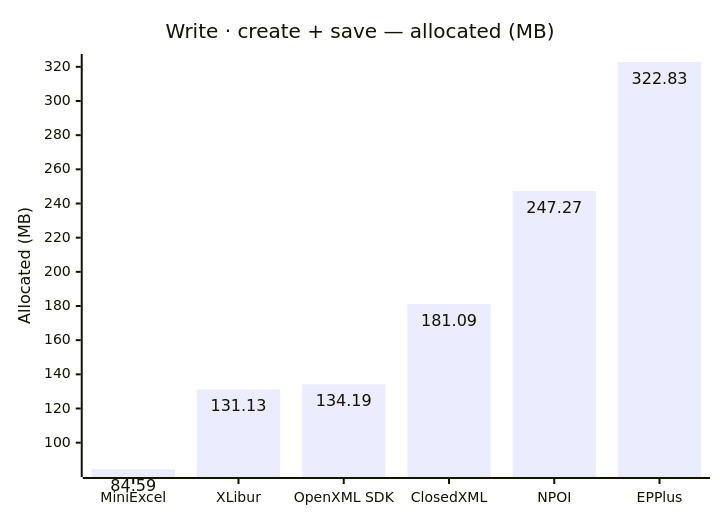
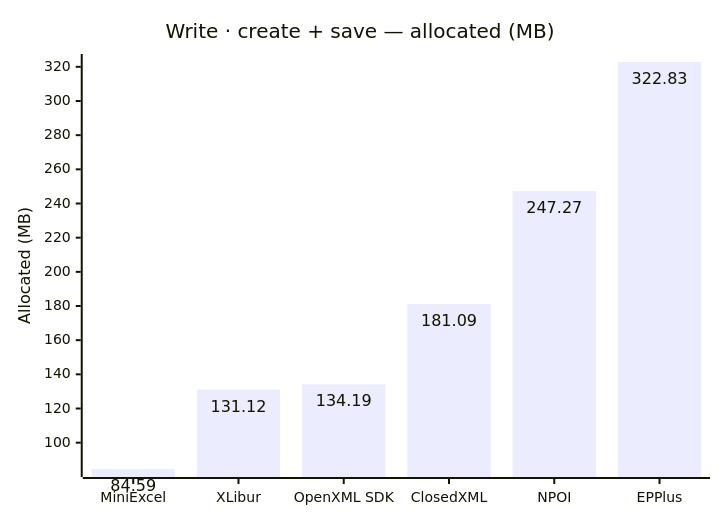
Before and after one commit to jafin/XLBench: the sixth of 6 diagrams in docs/results.md, drawn with Mermaid. The commit also changed other lines of this file and 1 other file, not shown here.

````diff
--- a/docs/results.md
+++ b/docs/results.md
@@ -99,12 +99,12 @@
 ```mermaid
 ---
 config:
   xyChart:
     showDataLabel: true
 ---
 xychart-beta
     title "Write · create + save — allocated (MB)"
     x-axis ["MiniExcel", "XLibur", "OpenXML SDK", "ClosedXML", "NPOI", "EPPlus"]
     y-axis "Allocated (MB)"
-    bar [84.59, 131.13, 134.19, 181.09, 247.27, 322.83]
+    bar [84.59, 131.12, 134.19, 181.09, 247.27, 322.83]
 ```
````
